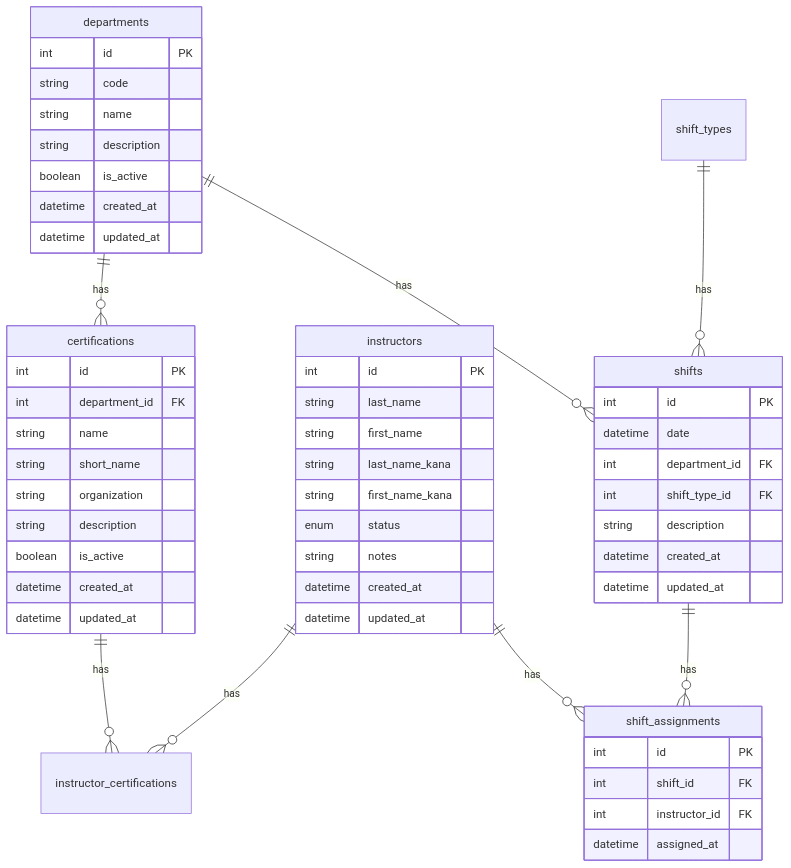
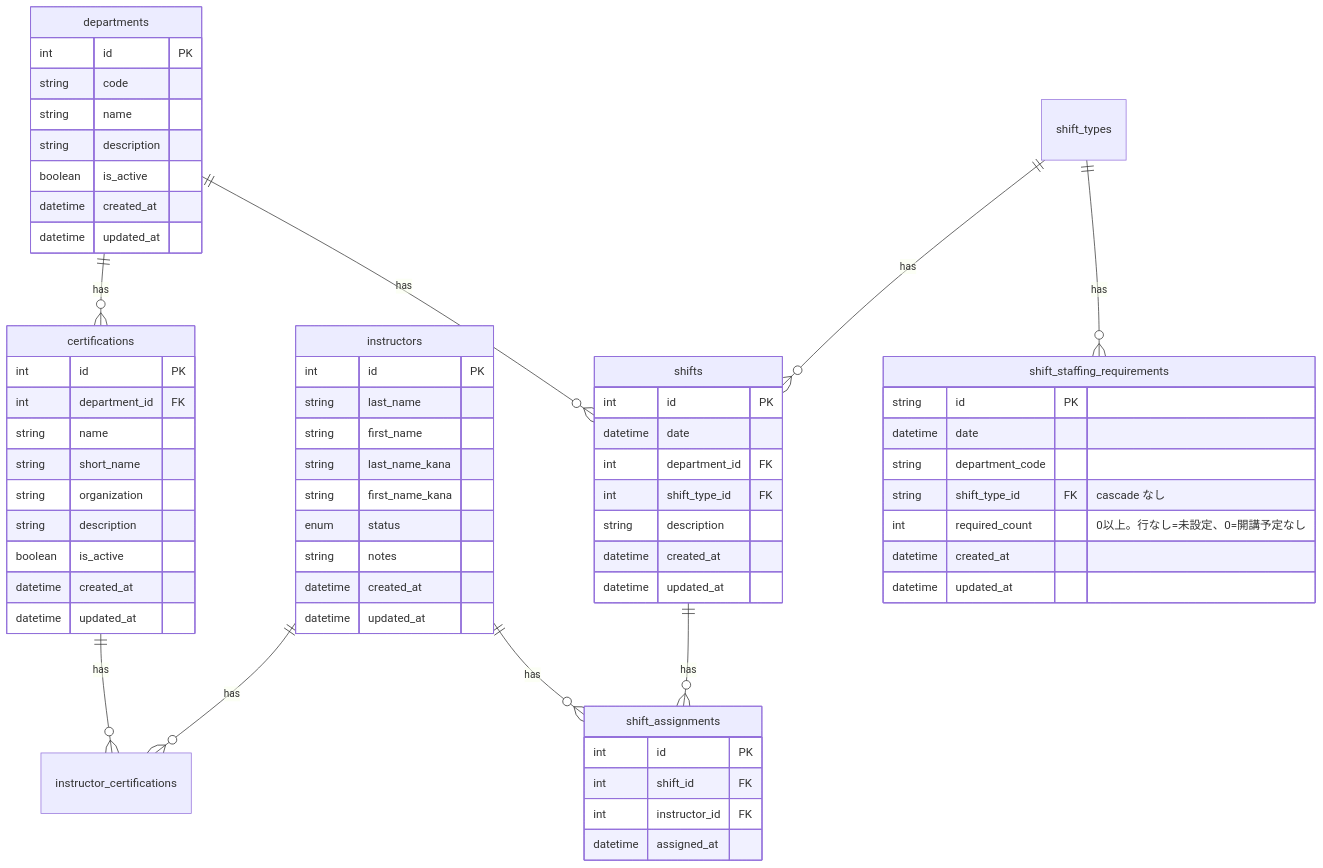
One commit to keichan110/fuyugyo changed the first of 2 diagrams in docs/design/database-design.md. Above: the diagram before and after it, drawn with Mermaid. The commit also changed other lines of this file and 5 other files, not shown here.

First line of the commit message:
📝 Document shift staffing requirements

````diff
--- a/docs/design/database-design.md
+++ b/docs/design/database-design.md
@@ -18,61 +18,72 @@
 ```mermaid
 erDiagram
     departments ||--o{ certifications : has
     departments ||--o{ shifts : has
     certifications ||--o{ instructor_certifications : has
     instructors ||--o{ instructor_certifications : has
     instructors ||--o{ shift_assignments : has
     shift_types ||--o{ shifts : has
     shifts ||--o{ shift_assignments : has
+    shift_types ||--o{ shift_staffing_requirements : has
 
     departments {
         int id PK
         string code
         string name
         string description
         boolean is_active
         datetime created_at
         datetime updated_at
     }
 
     certifications {
         int id PK
         int department_id FK
         string name
         string short_name
         string organization
         string description
         boolean is_active
         datetime created_at
         datetime updated_at
     }
 
     instructors {
         int id PK
         string last_name
         string first_name
         string last_name_kana
         string first_name_kana
         enum status
         string notes
         datetime created_at
         datetime updated_at
     }
 
     shifts {
         int id PK
         datetime date
         int department_id FK
         int shift_type_id FK
         string description
         datetime created_at
         datetime updated_at
     }
 
     shift_assignments {
         int id PK
         int shift_id FK
         int instructor_id FK
         datetime assigned_at
     }
+
+    shift_staffing_requirements {
+        string id PK
+        datetime date
+        string department_code
+        string shift_type_id FK "cascade なし"
+        int required_count "0以上。行なし=未設定、0=開講予定なし"
+        datetime created_at
+        datetime updated_at
+    }
 ```
````
